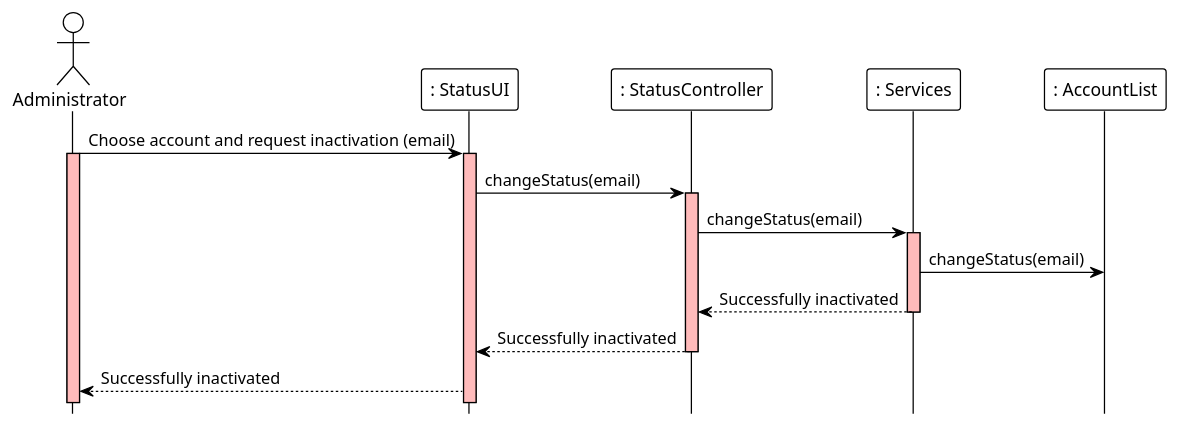
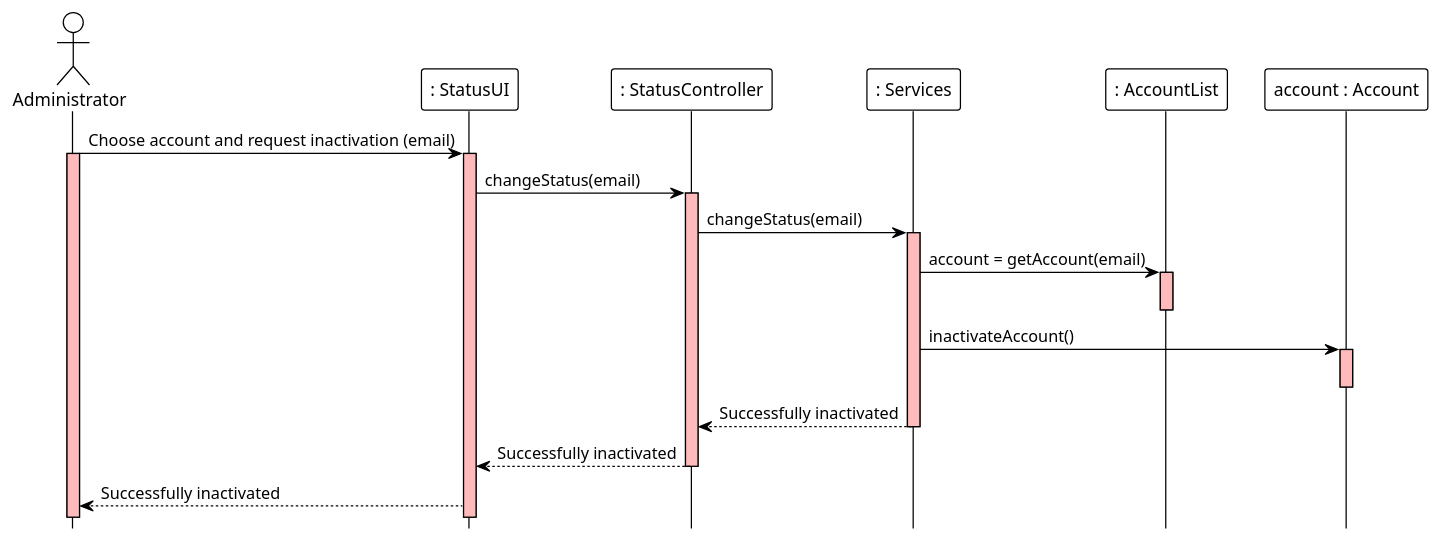
The diagram in docs/modelling_design/user_stories/us005/US005_InactivateUserAccountSD.puml (ivo-menezes/project_g3), drawn with PlantUML before and after one commit. The commit also changed 1 other file, not shown here.

```diff
--- a/docs/modelling_design/user_stories/us005/US005_InactivateUserAccountSD.puml
+++ b/docs/modelling_design/user_stories/us005/US005_InactivateUserAccountSD.puml
@@ -1,26 +1,32 @@
 @startuml
 !theme plain
 hide footbox
 
 actor Administrator  as Administrator #white
 participant ": StatusUI" as UI #white
 participant ": StatusController" as Controller #white
 participant ": Services" as Services #white
-participant ": AccountList" as Account #white
+participant ": AccountList" as AccountList #white
+participant "account : Account" as Account #white
 
 'Administrator ->  Controller : 1.Choose account and request inactivation
 Administrator ->  UI : Choose account and request inactivation (email)
 activate UI #FFBBBB
 'activate Controller #FFBBBB
 activate Administrator #FFBBBB
 UI -> Controller: changeStatus(email)
 activate Controller #FFBBBB
 Controller -> Services: changeStatus(email)
 activate Services #FFBBBB
-Services -> Account: changeStatus(email)
+Services -> AccountList: account = getAccount(email)
+activate AccountList #FFBBBB
+deactivate AccountList
+Services -> Account: inactivateAccount()
+activate Account #FFBBBB
+deactivate Account
 Services --> Controller : Successfully inactivated
 deactivate Services
 Controller --> UI : Successfully inactivated
 deactivate Controller
 UI --> Administrator: Successfully inactivated
 @enduml
```
